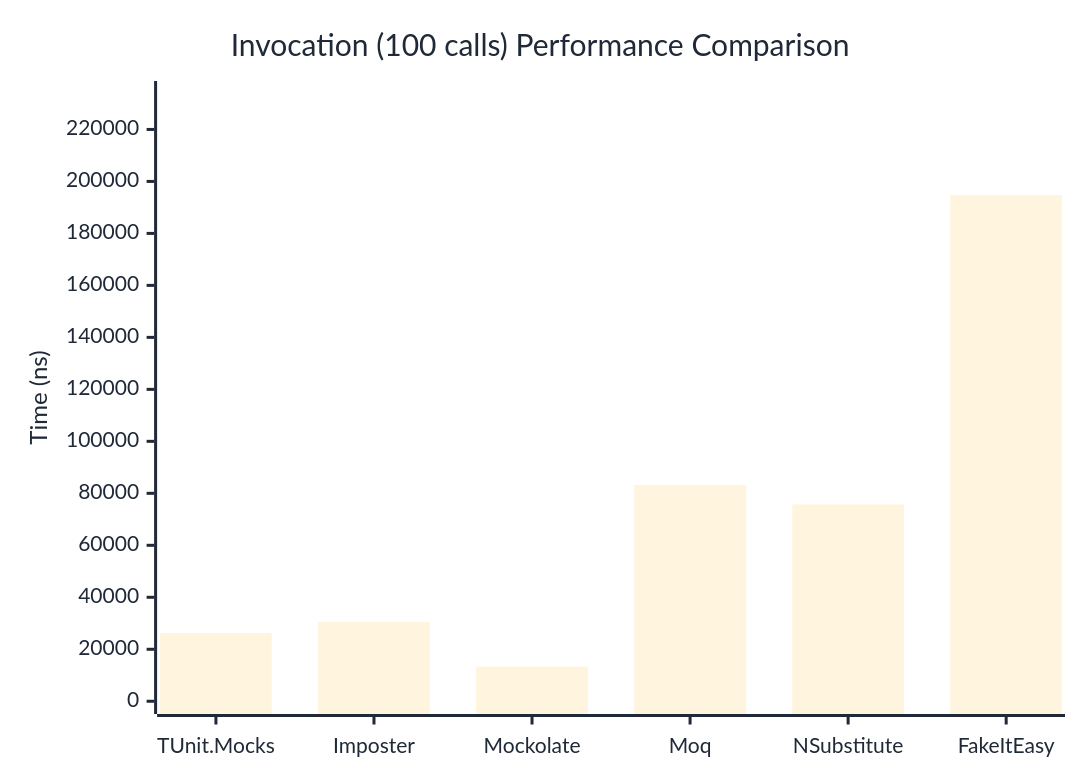
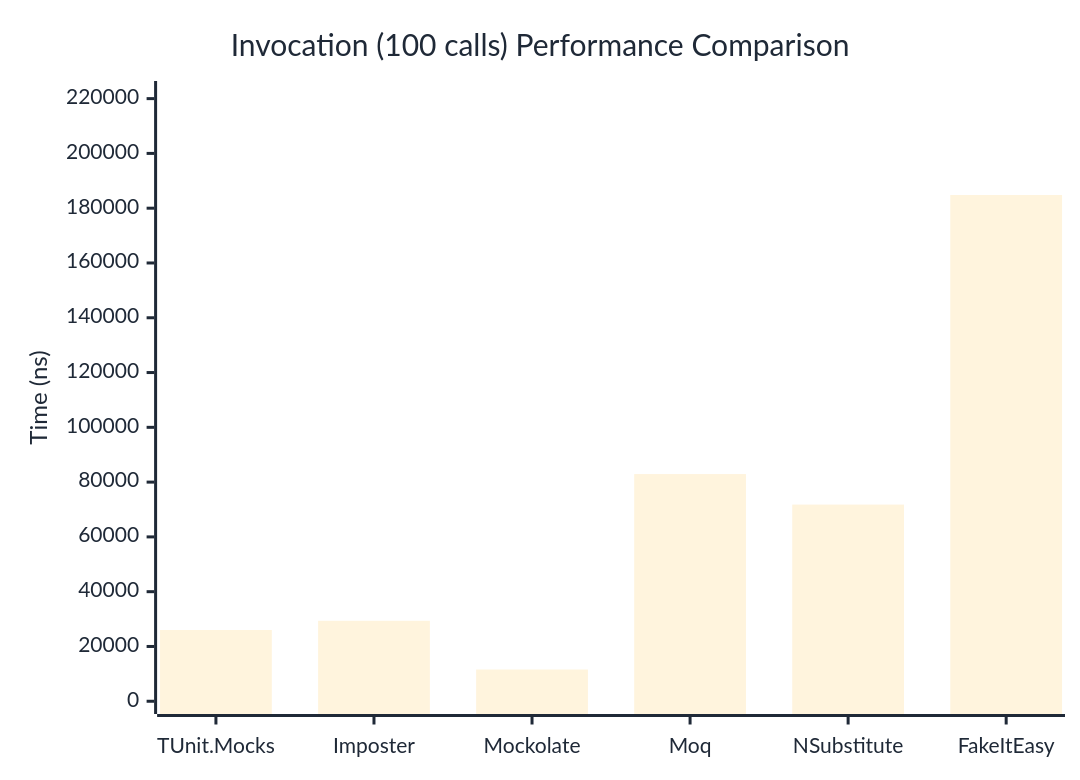
The third of 3 diagrams in docs/docs/benchmarks/mocks/Invocation.md (weiyilai/TUnit), drawn with Mermaid before and after one commit. The commit also changed other lines of this file and 14 other files, not shown here.

````diff
--- a/docs/docs/benchmarks/mocks/Invocation.md
+++ b/docs/docs/benchmarks/mocks/Invocation.md
@@ -110,27 +110,27 @@
 ```mermaid
 %%{init: {
   'theme':'base',
   'themeVariables': {
     'primaryColor': '#2563eb',
     'primaryTextColor': '#1f2937',
     'primaryBorderColor': '#1e40af',
     'lineColor': '#6b7280',
     'secondaryColor': '#7c3aed',
     'tertiaryColor': '#dc2626',
     'background': '#ffffff',
     'pie1': '#2563eb',
     'pie2': '#7c3aed',
     'pie3': '#dc2626',
     'pie4': '#f59e0b',
     'pie5': '#10b981',
     'pie6': '#06b6d4',
     'pie7': '#ec4899',
     'pie8': '#6366f1'
   }
 }}%%
 xychart-beta
   title "Invocation (100 calls) Performance Comparison"
   x-axis ["TUnit.Mocks", "Imposter", "Mockolate", "Moq", "NSubstitute", "FakeItEasy"]
-  y-axis "Time (ns)" 0 --> 233730
-  bar [26237.5, 30549.7, 13344.3, 83209.8, 75716.9, 194774.8]
+  y-axis "Time (ns)" 0 --> 221779
+  bar [26008.5, 29371.5, 11587, 82933.5, 71795.2, 184815.4]
 ```
````
